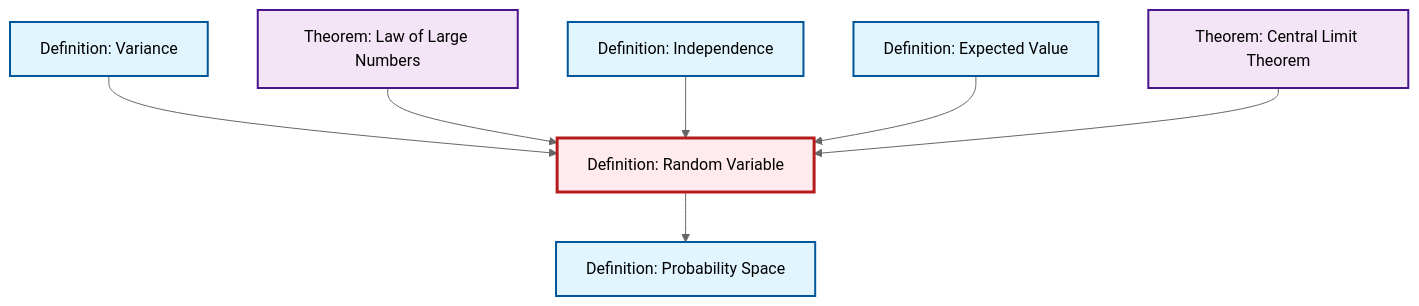
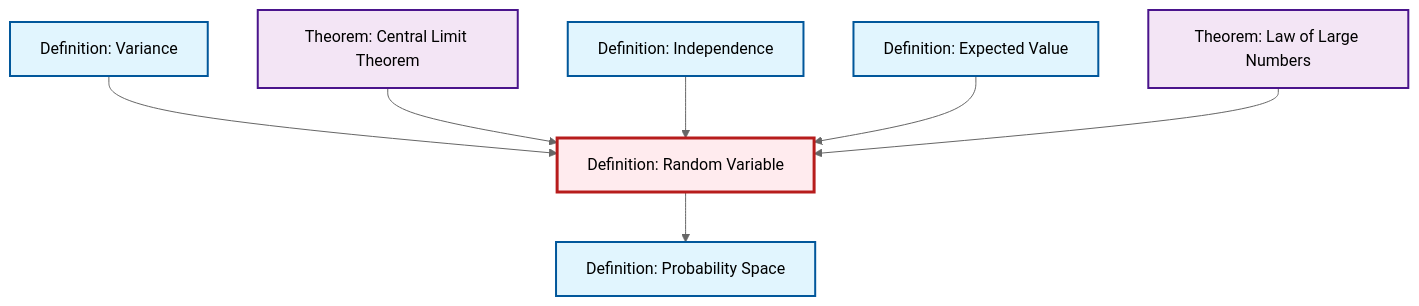
One commit to RK0429/ModernMath changed the diagram in content/ja/probability-statistics/def-random-variable.qmd. Above: the diagram before and after it, drawn with Mermaid (neutral theme). The commit also changed other lines of this file and 497 other files, not shown here.

````diff
--- a/content/ja/probability-statistics/def-random-variable.qmd
+++ b/content/ja/probability-statistics/def-random-variable.qmd
@@ -48,29 +48,29 @@
 ```{mermaid}
 %%| fig-cap: "Local dependency graph"
 graph TD
     classDef definition fill:#e1f5fe,stroke:#01579b,stroke-width:2px
     classDef theorem fill:#f3e5f5,stroke:#4a148c,stroke-width:2px
     classDef axiom fill:#fff3e0,stroke:#e65100,stroke-width:2px
     classDef example fill:#e8f5e9,stroke:#1b5e20,stroke-width:2px
     classDef current fill:#ffebee,stroke:#b71c1c,stroke-width:3px
+    def-random-variable["Definition: Random Variable"]:::definition
+    def-variance["Definition: Variance"]:::definition
+    thm-central-limit["Theorem: Central Limit Theorem"]:::theorem
+    def-expectation["Definition: Expected Value"]:::definition
+    thm-law-of-large-numbers["Theorem: Law of Large Numbers"]:::theorem
+    def-independence["Definition: Independence"]:::definition
     def-probability-space["Definition: Probability Space"]:::definition
-    def-expectation["Definition: Expected Value"]:::definition
-    def-random-variable["Definition: Random Variable"]:::definition
-    def-independence["Definition: Independence"]:::definition
-    thm-central-limit["Theorem: Central Limit Theorem"]:::theorem
-    def-variance["Definition: Variance"]:::definition
-    thm-law-of-large-numbers["Theorem: Law of Large Numbers"]:::theorem
-    def-random-variable --> def-probability-space
     def-variance --> def-random-variable
-    thm-law-of-large-numbers --> def-random-variable
+    thm-central-limit --> def-random-variable
     def-independence --> def-random-variable
     def-expectation --> def-random-variable
-    thm-central-limit --> def-random-variable
+    def-random-variable --> def-probability-space
+    thm-law-of-large-numbers --> def-random-variable
     class def-random-variable current
+    click def-variance "def-variance.html" "Definition: Varianceへ"
+    click thm-central-limit "thm-central-limit.html" "Theorem: Central Limit Theoremへ"
+    click def-expectation "def-expectation.html" "Definition: Expected Valueへ"
+    click thm-law-of-large-numbers "thm-law-of-large-numbers.html" "Theorem: Law of Large Numbersへ"
+    click def-independence "def-independence.html" "Definition: Independenceへ"
     click def-probability-space "def-probability-space.html" "Definition: Probability Spaceへ"
-    click def-expectation "def-expectation.html" "Definition: Expected Valueへ"
-    click def-independence "def-independence.html" "Definition: Independenceへ"
-    click thm-central-limit "thm-central-limit.html" "Theorem: Central Limit Theoremへ"
-    click def-variance "def-variance.html" "Definition: Varianceへ"
-    click thm-law-of-large-numbers "thm-law-of-large-numbers.html" "Theorem: Law of Large Numbersへ"
 ```
````
